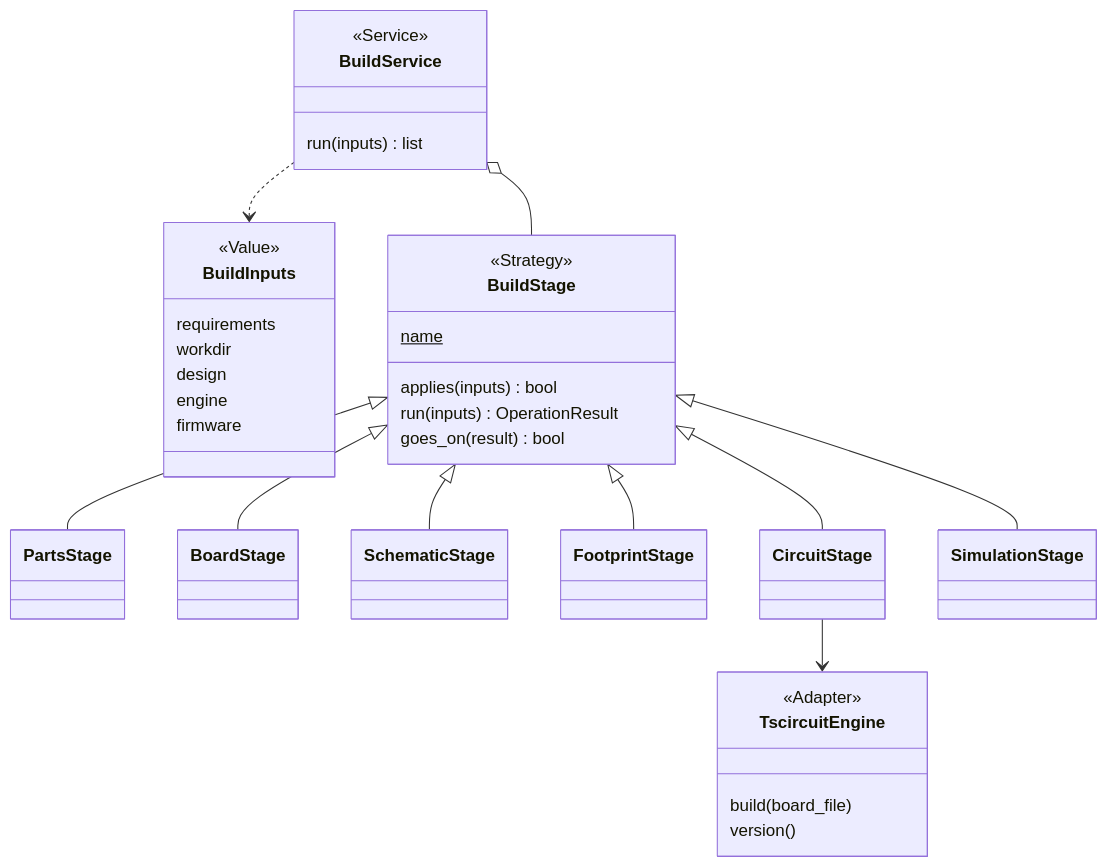
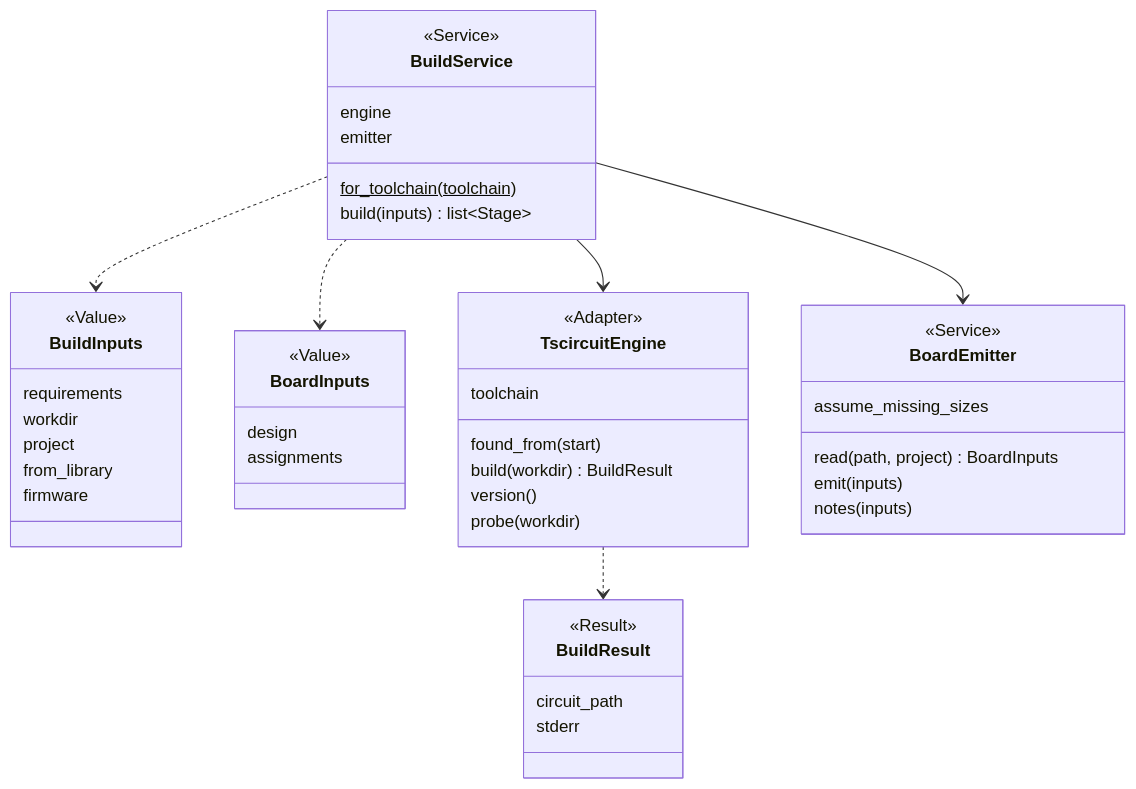
The first of 2 diagrams in docs/discovery/2026-10-19-p323-target-architecture/architecture/areas/build.md (xmejkal/spark), drawn with Mermaid before and after one commit. The commit also changed other lines of this file and 37 other files, not shown here.

````diff
--- a/docs/discovery/2026-10-19-p323-target-architecture/architecture/areas/build.md
+++ b/docs/discovery/2026-10-19-p323-target-architecture/architecture/areas/build.md
@@ -52,36 +54,48 @@
 ```mermaid
 classDiagram
   class BuildService {
     <<Service>>
-    run(inputs) list
+    engine
+    emitter
+    for_toolchain(toolchain)$
+    build(inputs) list~Stage~
   }
   class BuildInputs {
     <<Value>>
     requirements
     workdir
-    design
-    engine
+    project
+    from_library
     firmware
   }
-  class BuildStage {
-    <<Strategy>>
-    name$
-    applies(inputs) bool
-    run(inputs) OperationResult
-    goes_on(result) bool
+  class BoardInputs {
+    <<Value>>
+    design
+    assignments
+  }
+  class BuildResult {
+    <<Result>>
+    circuit_path
+    stderr
   }
   class TscircuitEngine {
     <<Adapter>>
-    build(board_file)
+    toolchain
+    found_from(start)
+    build(workdir) BuildResult
     version()
+    probe(workdir)
   }
-  BuildService o-- BuildStage
+  class BoardEmitter {
+    <<Service>>
+    assume_missing_sizes
+    read(path, project) BoardInputs
+    emit(inputs)
+    notes(inputs)
+  }
+  BuildService --> TscircuitEngine
+  BuildService --> BoardEmitter
   BuildService ..> BuildInputs
-  BuildStage <|-- PartsStage
-  BuildStage <|-- BoardStage
-  BuildStage <|-- SchematicStage
-  BuildStage <|-- FootprintStage
-  BuildStage <|-- CircuitStage
-  BuildStage <|-- SimulationStage
-  CircuitStage --> TscircuitEngine
+  BuildService ..> BoardInputs
+  TscircuitEngine ..> BuildResult
 ```
````
